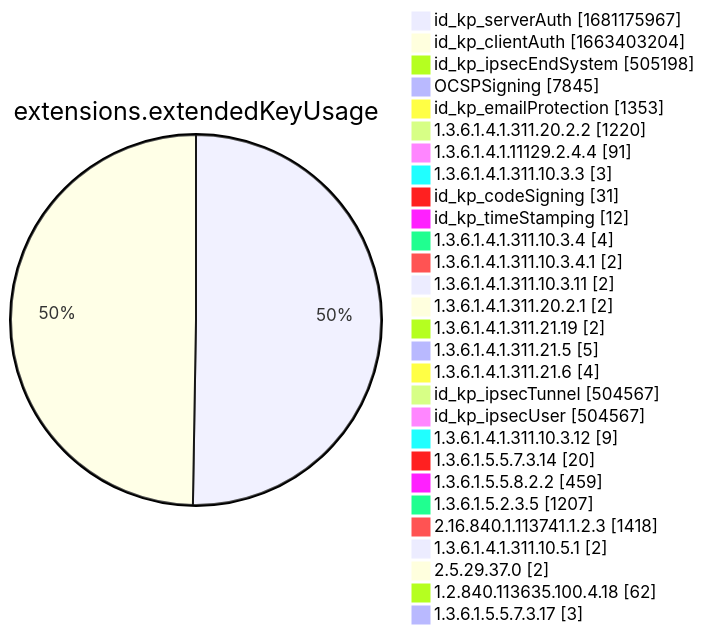
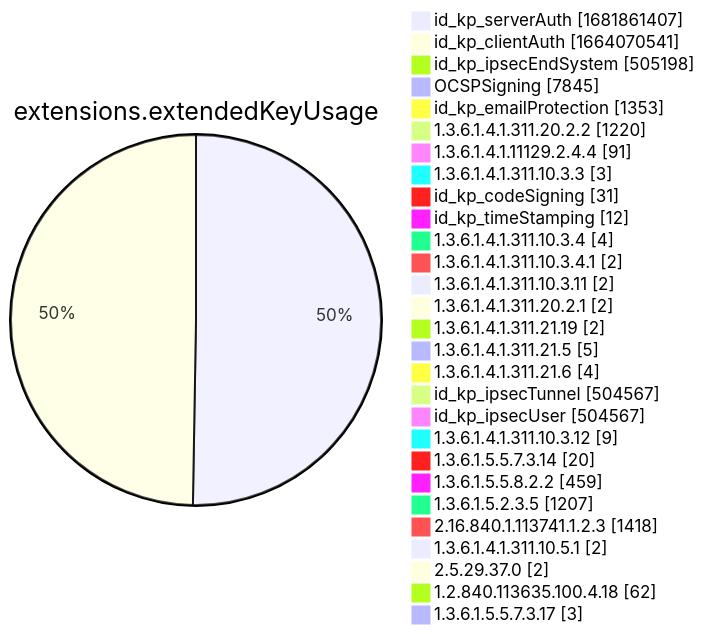
Before and after one commit to christiankrug/ctmonitor_visualization: diagram 12 of 15 in xenon2022/README.md, drawn with Mermaid. The commit also changed other lines of this file, not shown here.

````diff
--- a/xenon2022/README.md
+++ b/xenon2022/README.md
@@ -3888,32 +3888,32 @@
 ```mermaid
 pie showData
 title extensions.extendedKeyUsage
-"id_kp_serverAuth" :1681175967
-"id_kp_clientAuth" :1663403204
+"id_kp_serverAuth" :1681861407
+"id_kp_clientAuth" :1664070541
 "id_kp_ipsecEndSystem" :505198
 "OCSPSigning" :7845
 "id_kp_emailProtection" :1353
 "1.3.6.1.4.1.311.20.2.2" :1220
 "1.3.6.1.4.1.11129.2.4.4" :91
 "1.3.6.1.4.1.311.10.3.3" :3
 "id_kp_codeSigning" :31
 "id_kp_timeStamping" :12
 "1.3.6.1.4.1.311.10.3.4" :4
 "1.3.6.1.4.1.311.10.3.4.1" :2
 "1.3.6.1.4.1.311.10.3.11" :2
 "1.3.6.1.4.1.311.20.2.1" :2
 "1.3.6.1.4.1.311.21.19" :2
 "1.3.6.1.4.1.311.21.5" :5
 "1.3.6.1.4.1.311.21.6" :4
 "id_kp_ipsecTunnel" :504567
 "id_kp_ipsecUser" :504567
 "1.3.6.1.4.1.311.10.3.12" :9
 "1.3.6.1.5.5.7.3.14" :20
 "1.3.6.1.5.5.8.2.2" :459
 "1.3.6.1.5.2.3.5" :1207
 "2.16.840.1.113741.1.2.3" :1418
 "1.3.6.1.4.1.311.10.5.1" :2
 "2.5.29.37.0" :2
 "1.2.840.113635.100.4.18" :62
 "1.3.6.1.5.5.7.3.17" :3
 ```
````
